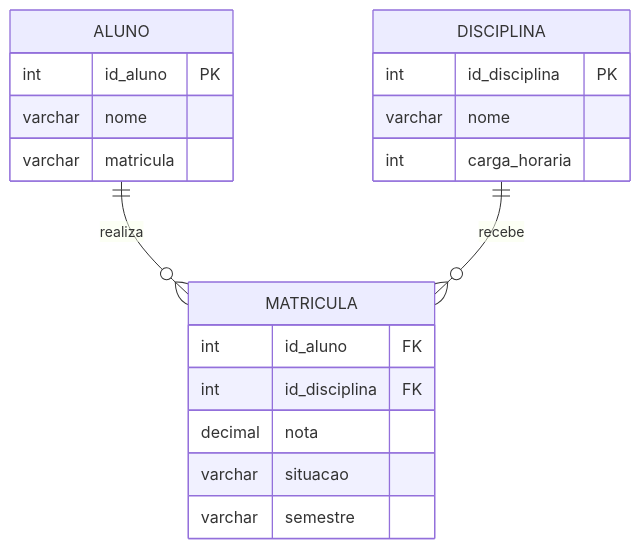
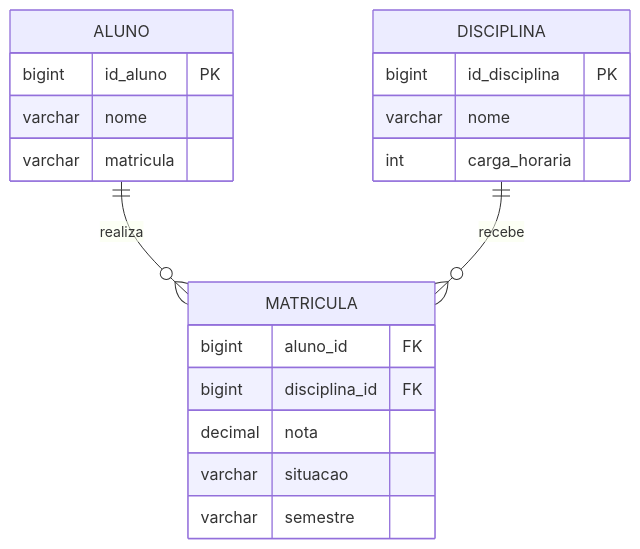
One commit to DSM-Fatec-Jahu/Banco-de-Dados-Relacional-IBD015 changed the seventh of 12 diagrams in aulas/Cardinalidade_MER_Completo.md. Above: the diagram before and after it, drawn with Mermaid. The commit also changed other lines of this file and 13 other files, not shown here.

````diff
--- a/aulas/Cardinalidade_MER_Completo.md
+++ b/aulas/Cardinalidade_MER_Completo.md
@@ -350,25 +350,25 @@
 ```mermaid
 erDiagram
     ALUNO {
-        int id_aluno PK
+        bigint id_aluno PK
         varchar nome
         varchar matricula
     }
 
     DISCIPLINA {
-        int id_disciplina PK
+        bigint id_disciplina PK
         varchar nome
         int carga_horaria
     }
 
     MATRICULA {
-        int id_aluno FK
-        int id_disciplina FK
+        bigint aluno_id FK
+        bigint disciplina_id FK
         decimal nota
         varchar situacao
         varchar semestre
     }
 
     ALUNO ||--o{ MATRICULA : "realiza"
     DISCIPLINA ||--o{ MATRICULA : "recebe"
 ```
````
